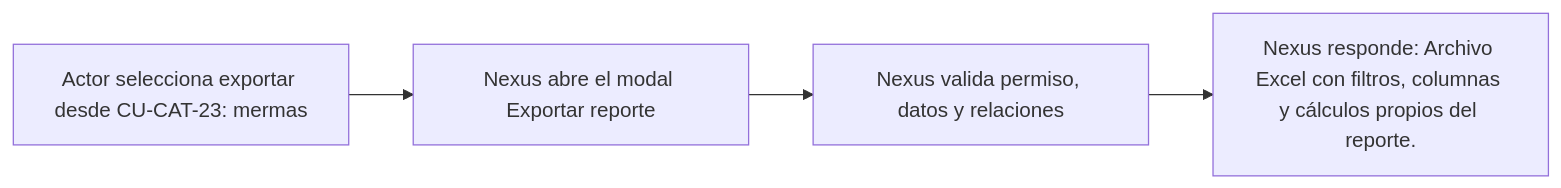
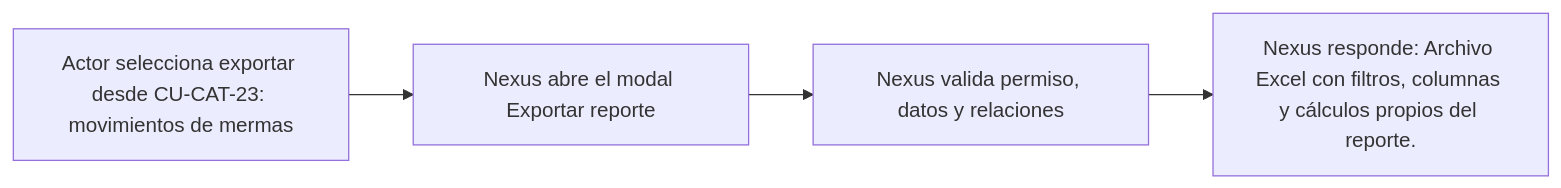
The diagram in docs/requirements/diagrams/catalogs/cu-cat-24.md (gpgsistemas01/nexus), drawn with Mermaid before and after one commit. The commit also changed other lines of this file and 207 other files, not shown here.

````diff
--- a/docs/requirements/diagrams/catalogs/cu-cat-24.md
+++ b/docs/requirements/diagrams/catalogs/cu-cat-24.md
@@ -3,6 +3,6 @@
 ```mermaid
 flowchart LR
-    request["Actor selecciona exportar desde CU-CAT-23: mermas"] --> modal["Nexus abre el modal Exportar reporte"]
+    request["Actor selecciona exportar desde CU-CAT-23: movimientos de mermas"] --> modal["Nexus abre el modal Exportar reporte"]
     modal --> validate["Nexus valida permiso, datos y relaciones"]
     validate --> result["Nexus responde: Archivo Excel con filtros, columnas y cálculos propios del reporte."]
 ```
````
